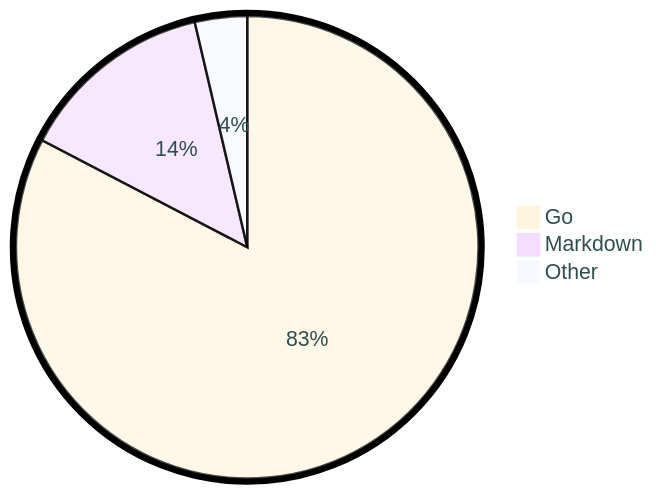
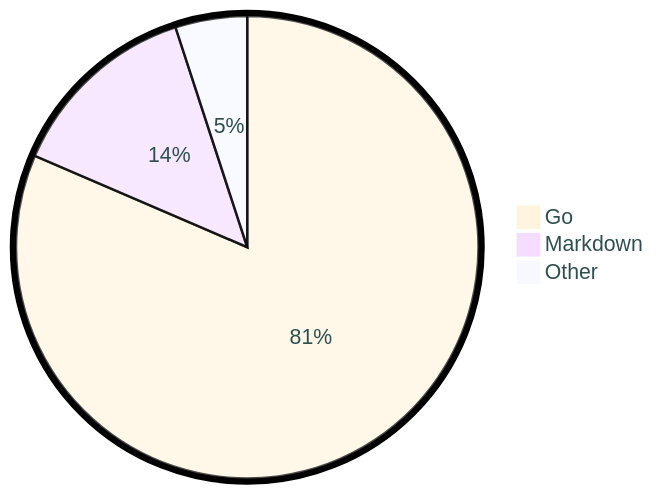
Before and after one commit to tot0p/tot0p: the diagram in README.md, drawn with Mermaid. The commit also changed other lines of this file, not shown here.

````diff
--- a/README.md
+++ b/README.md
@@ -73,7 +74,7 @@
 ```mermaid
 %%{init: {"pie": {"textPosition": 0.5}, "themeVariables": {"pieOuterStrokeWidth": "5px","primaryTextColor" : "#2F4F4F"},"theme":"base"} }%%
 pie
-	"Go": 82.65
-	"Markdown": 13.7
-	"Other": 3.6499999999999995
+	"Go": 81.46
+	"Markdown": 13.51
+	"Other": 5.02
 ```
````
